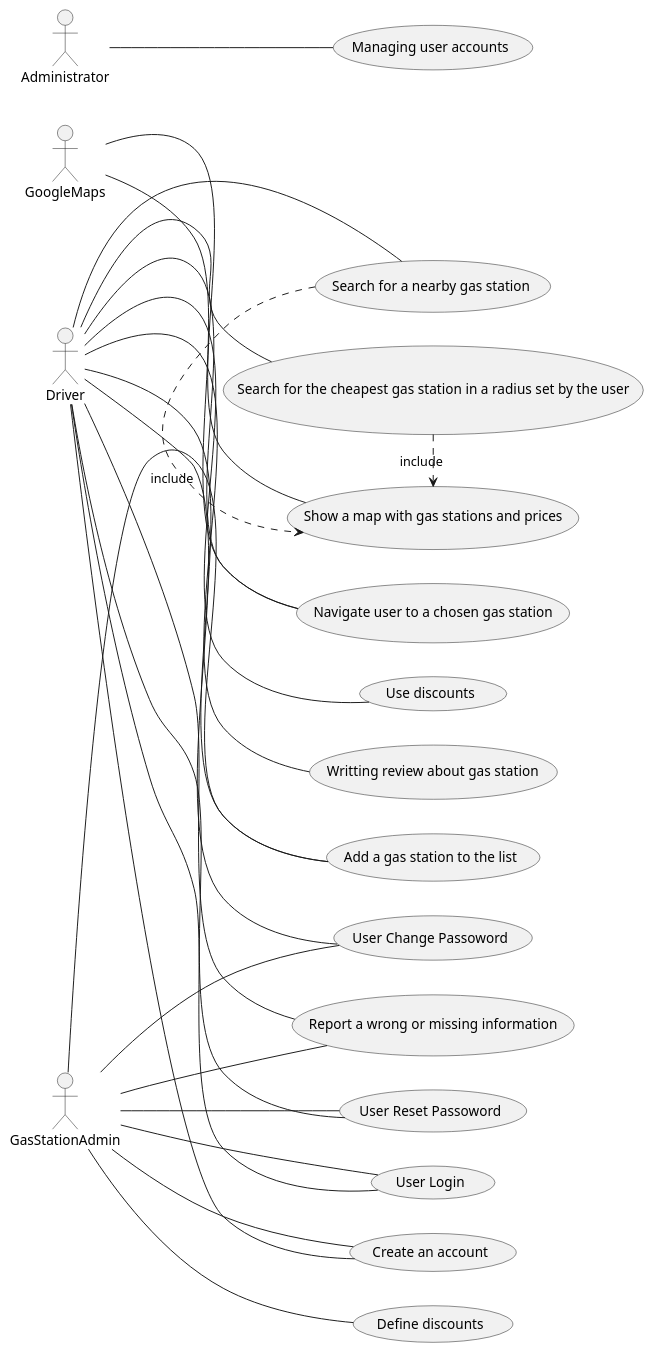
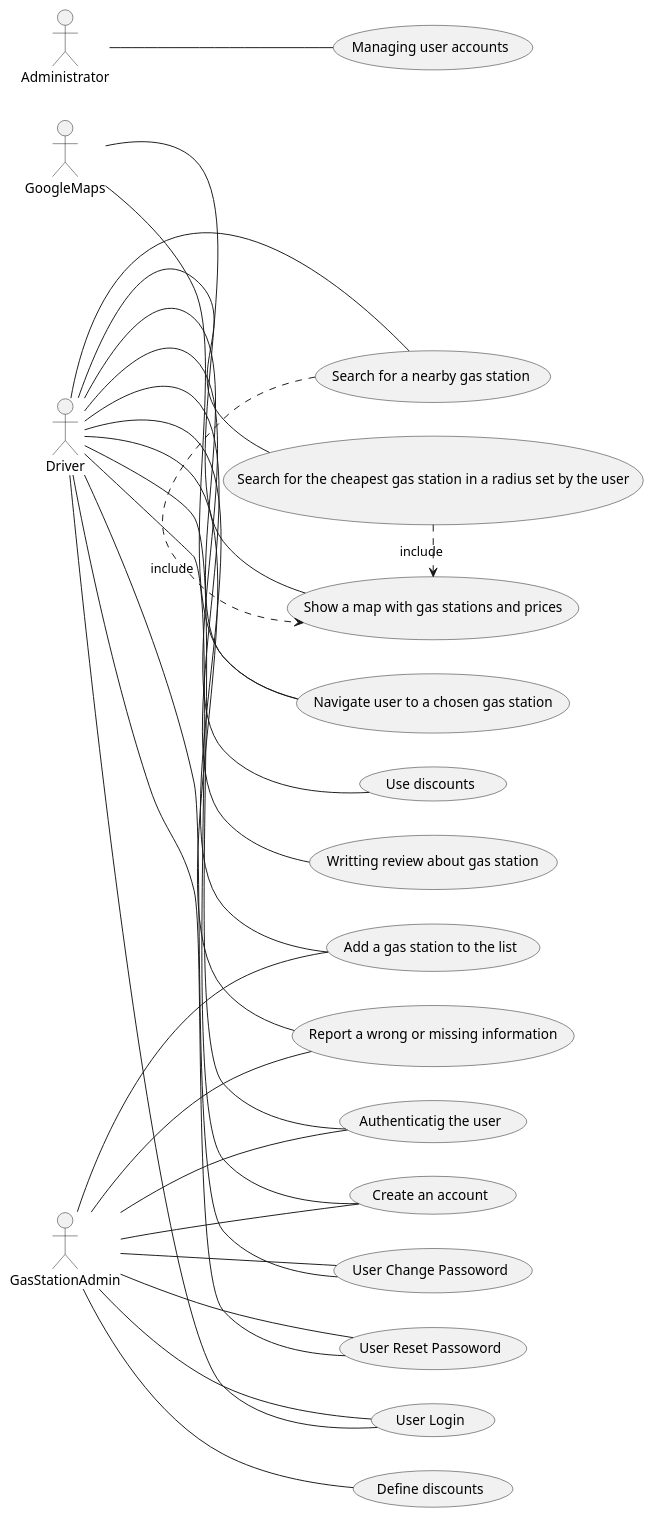
The second of 5 diagrams in docs/RequirementsDocument.md (LucaOddoneSE/EZGas), drawn with PlantUML before and after one commit.

Commit message:
docs: minor update in usecase diagram

````diff
--- a/docs/RequirementsDocument.md
+++ b/docs/RequirementsDocument.md
@@ -107,52 +107,57 @@
 ```plantuml
 @startuml
 left to right direction
 actor Driver as d
 actor GasStationAdmin as a
 actor GoogleMaps as g
 actor Administrator as h
 
 (Search for a nearby gas station) as FR1
 (Search for the cheapest gas station in a radius set by the user) as FR2
 (Show a map with gas stations and prices) as FR3
 (Navigate user to a chosen gas station) as FR4
 (Create an account) as FR5
 (Add a gas station to the list) as FR6
 (Report a wrong or missing information) as FR7
 (Use discounts) as FR8
 (Define discounts) as FR9
 (Managing user accounts) as FR10
 (Writting review about gas station) as FR11
 (User Login) as FR12
 (User Reset Passoword) as FR13
 (User Change Passoword) as FR14
+(Authenticatig the user) as FR15
 
 d -- FR1
 d -- FR2
 d -- FR4
 d -- FR5
 d -- FR6
 d -- FR7
 d -- FR8
 d -- FR11
 d -- FR12
 d -- FR13
 d -- FR14
+d -- FR15
+
 
 FR1 .> FR3 : include
 FR2 .> FR3 : include
 
 a -- FR5
 a -- FR6
 a -- FR7
 a -- FR9
 a -- FR12
 a -- FR13
 a -- FR14
+a -- FR15
+
 
 g -- FR3
 g -- FR4
 
 h -- FR10
 @enduml
 ```
````
